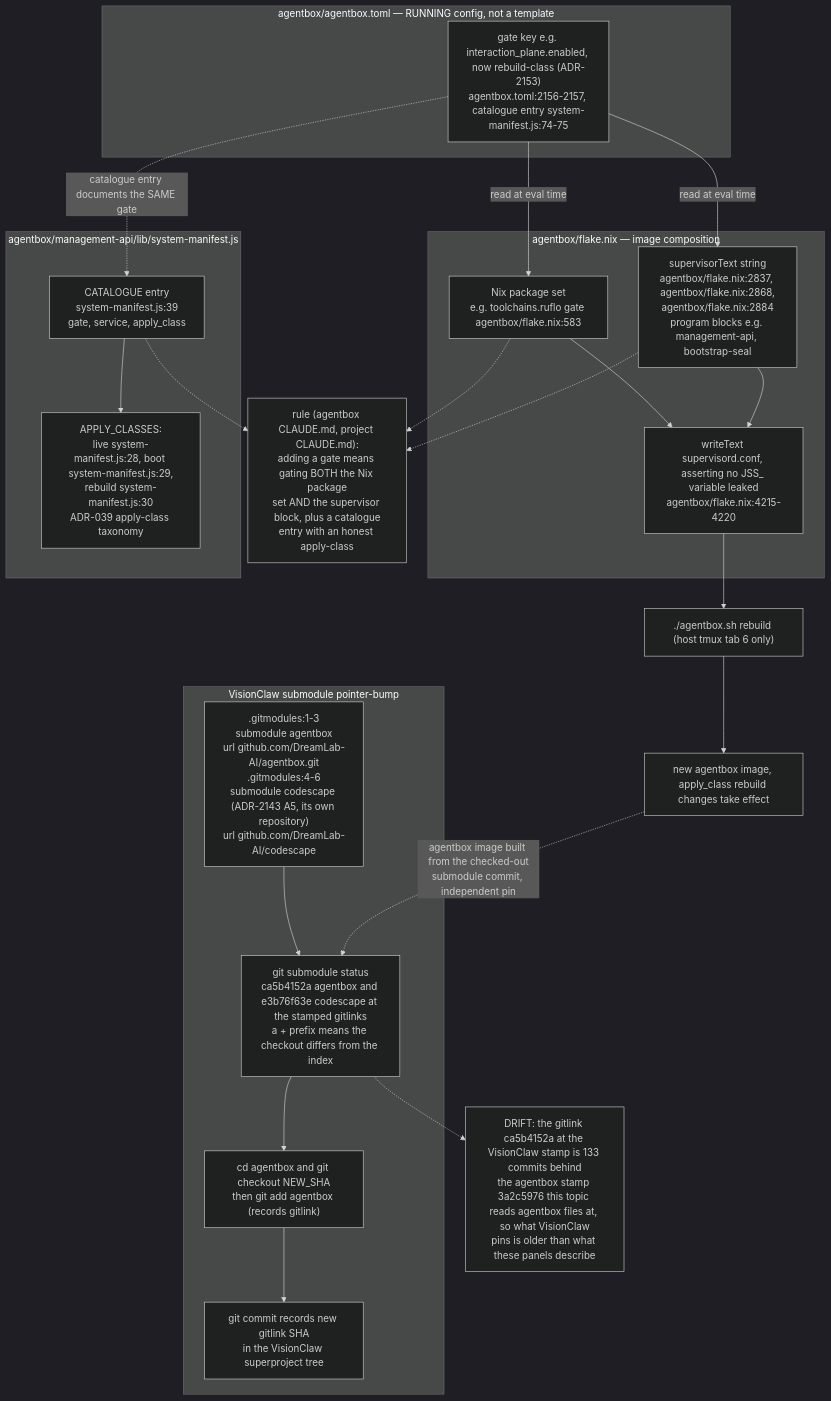
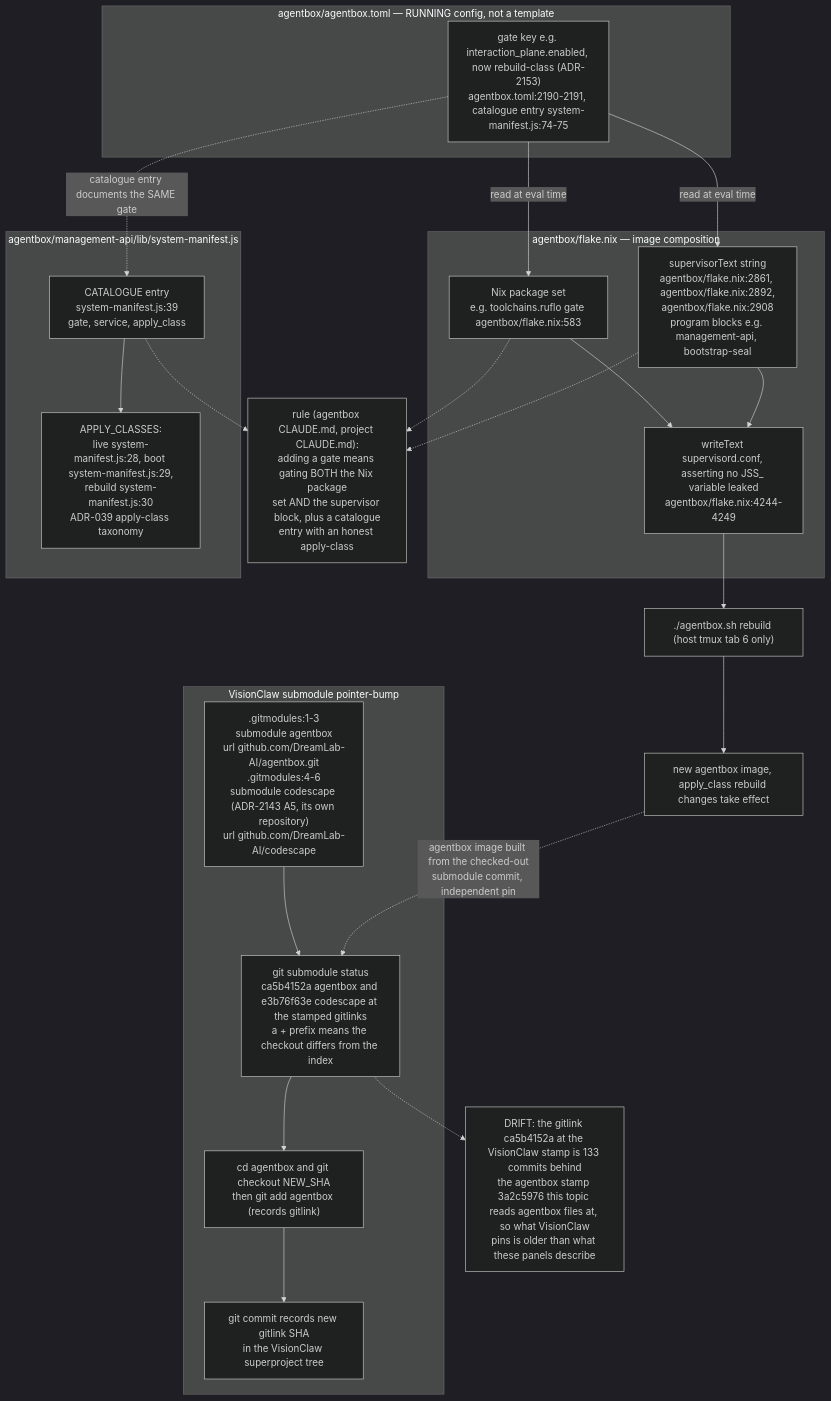
The tenth of 24 diagrams in docs/diagrams/estate/09-build-deploy-and-ci-estate.md (DreamLab-AI/VisionFlow), drawn with Mermaid (dark theme) before and after one commit. The commit also changed other lines of this file and 5 other files, not shown here.

````diff
--- a/docs/diagrams/estate/09-build-deploy-and-ci-estate.md
+++ b/docs/diagrams/estate/09-build-deploy-and-ci-estate.md
@@ -408,44 +408,44 @@
 ```mermaid
 flowchart TB
     subgraph FLAKE["agentbox/flake.nix — image composition"]
         NIXPKG["Nix package set<br/>e.g. toolchains.ruflo gate agentbox/flake.nix:583"]
-        SUPTEXT["supervisorText string<br/>agentbox/flake.nix:2837, agentbox/flake.nix:2868,<br/>agentbox/flake.nix:2884<br/>program blocks e.g. management-api, bootstrap-seal"]
-        SUPWRITE["writeText supervisord.conf, asserting no JSS_ variable leaked<br/>agentbox/flake.nix:4215-4220"]
+        SUPTEXT["supervisorText string<br/>agentbox/flake.nix:2861, agentbox/flake.nix:2892,<br/>agentbox/flake.nix:2908<br/>program blocks e.g. management-api, bootstrap-seal"]
+        SUPWRITE["writeText supervisord.conf, asserting no JSS_ variable leaked<br/>agentbox/flake.nix:4244-4249"]
     end
     subgraph TOML["agentbox/agentbox.toml — RUNNING config, not a template"]
-        GATEKEY["gate key e.g. interaction_plane.enabled, now rebuild-class (ADR-2153)<br/>agentbox.toml:2156-2157, catalogue entry system-manifest.js:74-75"]
+        GATEKEY["gate key e.g. interaction_plane.enabled, now rebuild-class (ADR-2153)<br/>agentbox.toml:2190-2191, catalogue entry system-manifest.js:74-75"]
     end
     subgraph MANIFEST["agentbox/management-api/lib/system-manifest.js"]
         CATALOGUE["CATALOGUE entry<br/>system-manifest.js:39<br/>gate, service, apply_class"]
         APPLYCLASS["APPLY_CLASSES:<br/>live system-manifest.js:28, boot system-manifest.js:29,<br/>rebuild system-manifest.js:30<br/>ADR-039 apply-class taxonomy"]
     end
 
     GATEKEY -->|"read at eval time"| NIXPKG
     GATEKEY -->|"read at eval time"| SUPTEXT
     NIXPKG --> SUPWRITE
     SUPTEXT --> SUPWRITE
     GATEKEY -.->|"catalogue entry documents the SAME gate"| CATALOGUE
     CATALOGUE --> APPLYCLASS
 
     RULE["rule (agentbox CLAUDE.md, project CLAUDE.md):<br/>adding a gate means gating BOTH the Nix package<br/>set AND the supervisor block, plus a catalogue<br/>entry with an honest apply-class"]
     NIXPKG -.-> RULE
     SUPTEXT -.-> RULE
     CATALOGUE -.-> RULE
 
     REBUILD["./agentbox.sh rebuild (host tmux tab 6 only)"]
     SUPWRITE --> REBUILD
     REBUILD --> IMAGE["new agentbox image, apply_class rebuild changes take effect"]
 
     subgraph SUBMOD["VisionClaw submodule pointer-bump"]
         GITMODULES[".gitmodules:1-3<br/>submodule agentbox<br/>url github.com/DreamLab-AI/agentbox.git<br/>.gitmodules:4-6<br/>submodule codescape (ADR-2143 A5, its own repository)<br/>url github.com/DreamLab-AI/codescape"]
         SUBSTATUS["git submodule status<br/>ca5b4152a agentbox and e3b76f63e codescape at the stamped gitlinks<br/>a + prefix means the checkout differs from the index"]
         SUBUPDATE["cd agentbox and git checkout NEW_SHA<br/>then git add agentbox (records gitlink)"]
         SUBCOMMIT["git commit records new gitlink SHA<br/>in the VisionClaw superproject tree"]
     end
     GITMODULES --> SUBSTATUS
     SUBSTATUS --> SUBUPDATE
     SUBUPDATE --> SUBCOMMIT
     IMAGE -.->|"agentbox image built from the checked-out<br/>submodule commit, independent pin"| SUBSTATUS
     SKEW["DRIFT: the gitlink ca5b4152a at the VisionClaw stamp is 133 commits behind<br/>the agentbox stamp 3a2c5976 this topic reads agentbox files at, so what VisionClaw<br/>pins is older than what these panels describe"]
     SUBSTATUS -.-> SKEW
 ```
````
